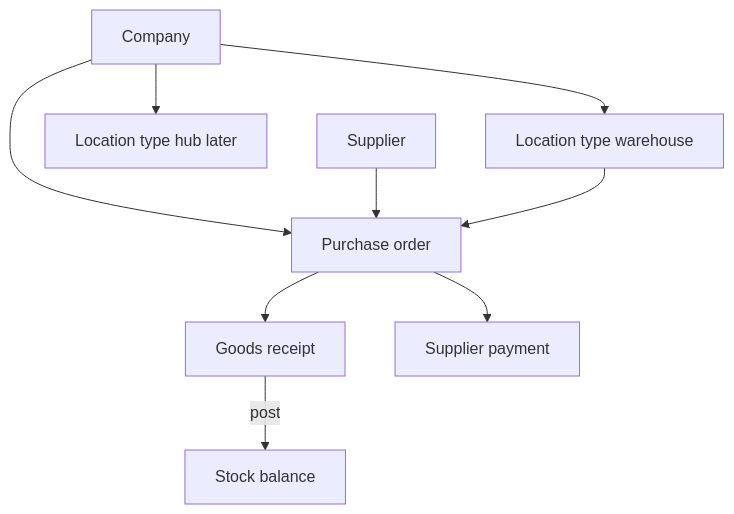
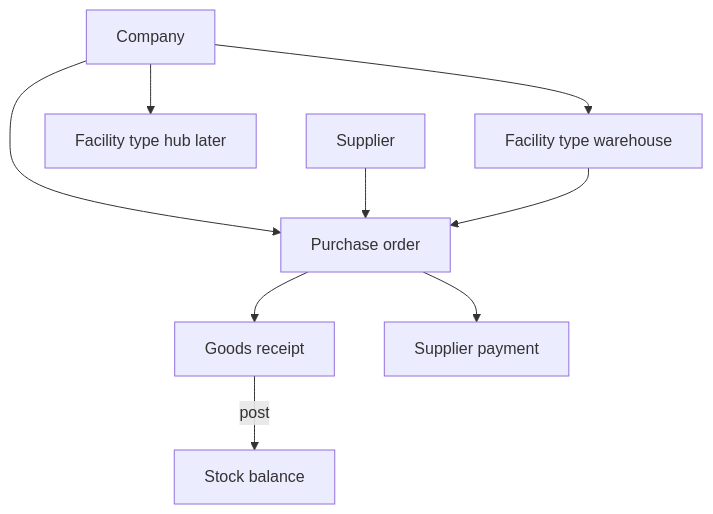
One commit to Itdepartment-b1g/b1g-fuel changed the first of 2 diagrams in docs/WAREHOUSE_INVENTORY.md. Above: the diagram before and after it, drawn with Mermaid. The commit also changed other lines of this file and 63 other files, not shown here.

First line of the commit message:
Refactor location to facility: Update tests, migrations, and documentation

````diff
--- a/docs/WAREHOUSE_INVENTORY.md
+++ b/docs/WAREHOUSE_INVENTORY.md
@@ -21,20 +21,20 @@
 ```mermaid
 flowchart TD
   company[Company]
-  warehouse[Location type warehouse]
-  hub[Location type hub later]
+  warehouse[Facility type warehouse]
+  hub[Facility type hub later]
   supplier[Supplier]
   po[Purchase order]
   receive[Goods receipt]
   stock[Stock balance]
   pay[Supplier payment]
 
   company --> warehouse
   company --> hub
   company --> po
   supplier --> po
   warehouse --> po
   po --> receive
   receive -->|post| stock
   po --> pay
 ```
````
